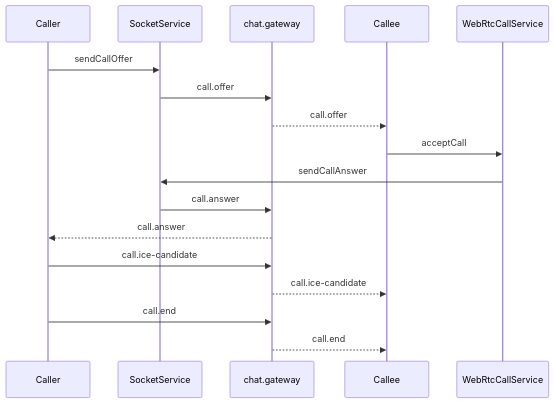
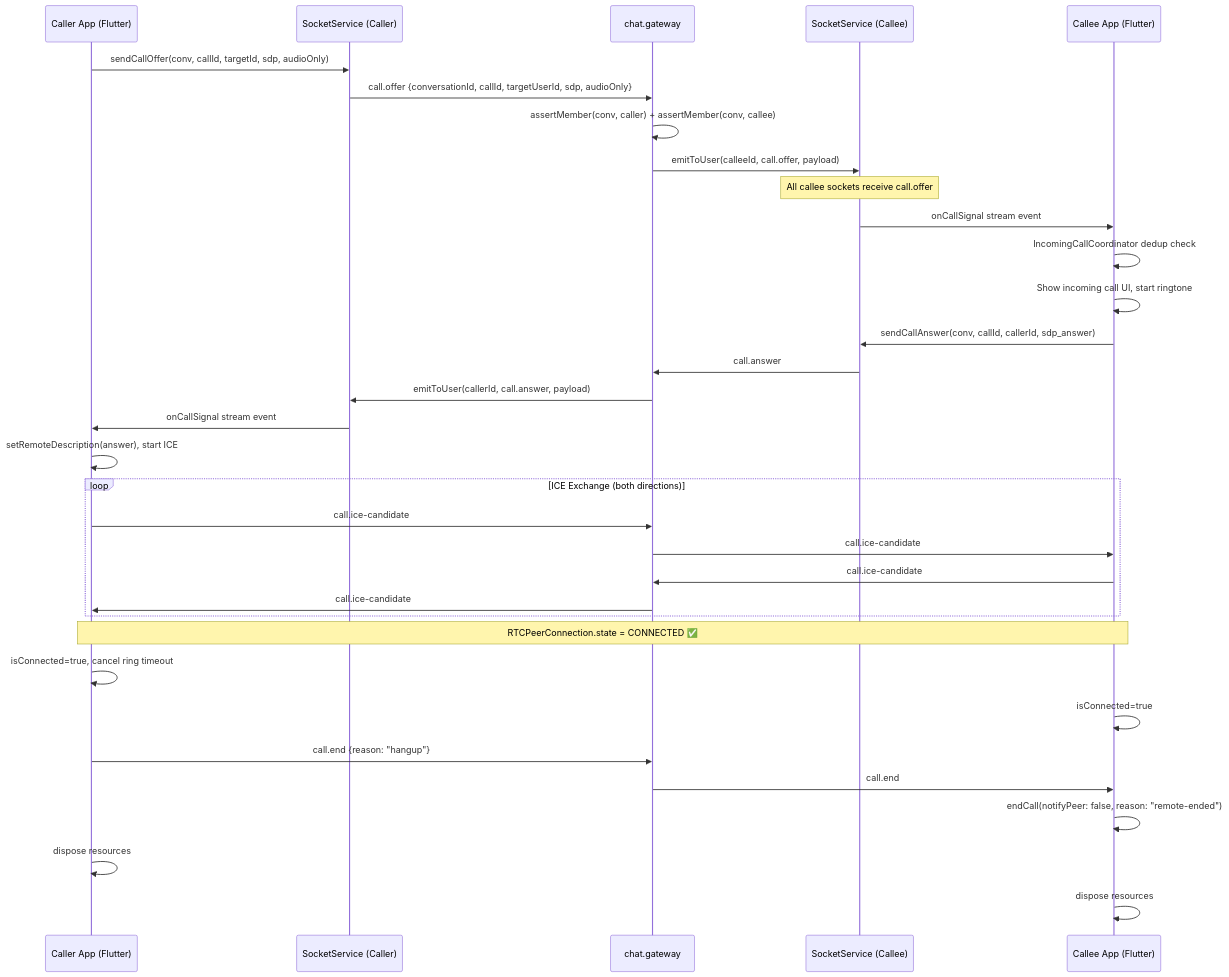
The diagram in docs/sdd/layer-2/MODULE_SPEC_CALL.md (CNM-DHKTPM18A-2526/CNM-VNALO), drawn with Mermaid before and after one commit. The commit also changed other lines of this file, not shown here.

Commit message:
docs(call): add technical specification for WebRTC voice and video call module

````diff
--- a/docs/sdd/layer-2/MODULE_SPEC_CALL.md
+++ b/docs/sdd/layer-2/MODULE_SPEC_CALL.md
@@ -73,20 +111,40 @@
 ```mermaid
 sequenceDiagram
-    participant Caller
-    participant Socket as SocketService
-    participant Gateway as chat.gateway
-    participant Callee
-    participant RTC as WebRtcCallService
+  participant CA as Caller App (Flutter)
+  participant SS_A as SocketService (Caller)
+  participant GW as chat.gateway
+  participant SS_B as SocketService (Callee)
+  participant CB as Callee App (Flutter)
 
-    Caller->>Socket: sendCallOffer
-    Socket->>Gateway: call.offer
-    Gateway-->>Callee: call.offer
-    Callee->>RTC: acceptCall
-    RTC->>Socket: sendCallAnswer
-    Socket->>Gateway: call.answer
-    Gateway-->>Caller: call.answer
-    Caller->>Gateway: call.ice-candidate
-    Gateway-->>Callee: call.ice-candidate
-    Caller->>Gateway: call.end
-    Gateway-->>Callee: call.end
+  CA->>SS_A: sendCallOffer(conv, callId, targetId, sdp, audioOnly)
+  SS_A->>GW: call.offer {conversationId, callId, targetUserId, sdp, audioOnly}
+  GW->>GW: assertMember(conv, caller) + assertMember(conv, callee)
+  GW->>SS_B: emitToUser(calleeId, call.offer, payload)
+  Note over SS_B: All callee sockets receive call.offer
+  SS_B->>CB: onCallSignal stream event
+  CB->>CB: IncomingCallCoordinator dedup check
+  CB->>CB: Show incoming call UI, start ringtone
+
+  CB->>SS_B: sendCallAnswer(conv, callId, callerId, sdp_answer)
+  SS_B->>GW: call.answer
+  GW->>SS_A: emitToUser(callerId, call.answer, payload)
+  SS_A->>CA: onCallSignal stream event
+  CA->>CA: setRemoteDescription(answer), start ICE
+
+  loop ICE Exchange (both directions)
+    CA->>GW: call.ice-candidate
+    GW->>CB: call.ice-candidate
+    CB->>GW: call.ice-candidate
+    GW->>CA: call.ice-candidate
+  end
+
+  Note over CA,CB: RTCPeerConnection.state = CONNECTED ✅
+  CA->>CA: isConnected=true, cancel ring timeout
+  CB->>CB: isConnected=true
+
+  CA->>GW: call.end {reason: "hangup"}
+  GW->>CB: call.end
+  CB->>CB: endCall(notifyPeer: false, reason: "remote-ended")
+  CA->>CA: dispose resources
+  CB->>CB: dispose resources
 ```
````
